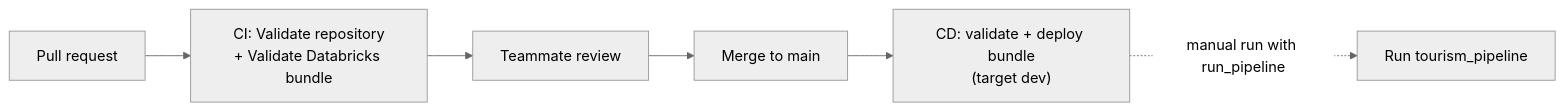
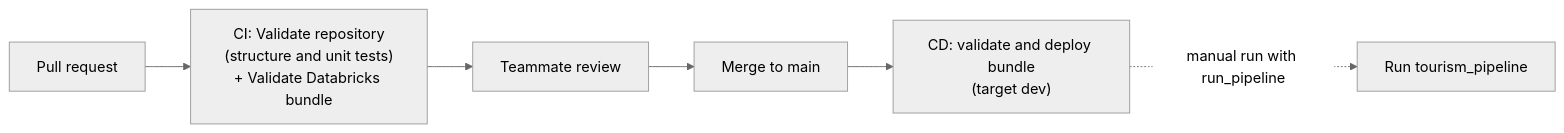
One commit to ftw-git-away/provinsights-ph-tourism changed the third of 3 diagrams in docs/architecture.md. Above: the diagram before and after it, drawn with Mermaid (neutral theme). The commit also changed other lines of this file, not shown here.

````diff
--- a/docs/architecture.md
+++ b/docs/architecture.md
@@ -250,8 +281,8 @@
 ```mermaid
 flowchart LR
-    PR["Pull request"] --> CI["CI: Validate repository<br/>+ Validate Databricks bundle"]
+    PR["Pull request"] --> CI["CI: Validate repository<br/>(structure and unit tests)<br/>+ Validate Databricks bundle"]
     CI --> REVIEW["Teammate review"]
     REVIEW --> MERGE["Merge to main"]
-    MERGE --> CD["CD: validate + deploy bundle<br/>(target dev)"]
+    MERGE --> CD["CD: validate and deploy bundle<br/>(target dev)"]
     CD -. manual run with run_pipeline .-> JOB["Run tourism_pipeline"]
 ```
````
